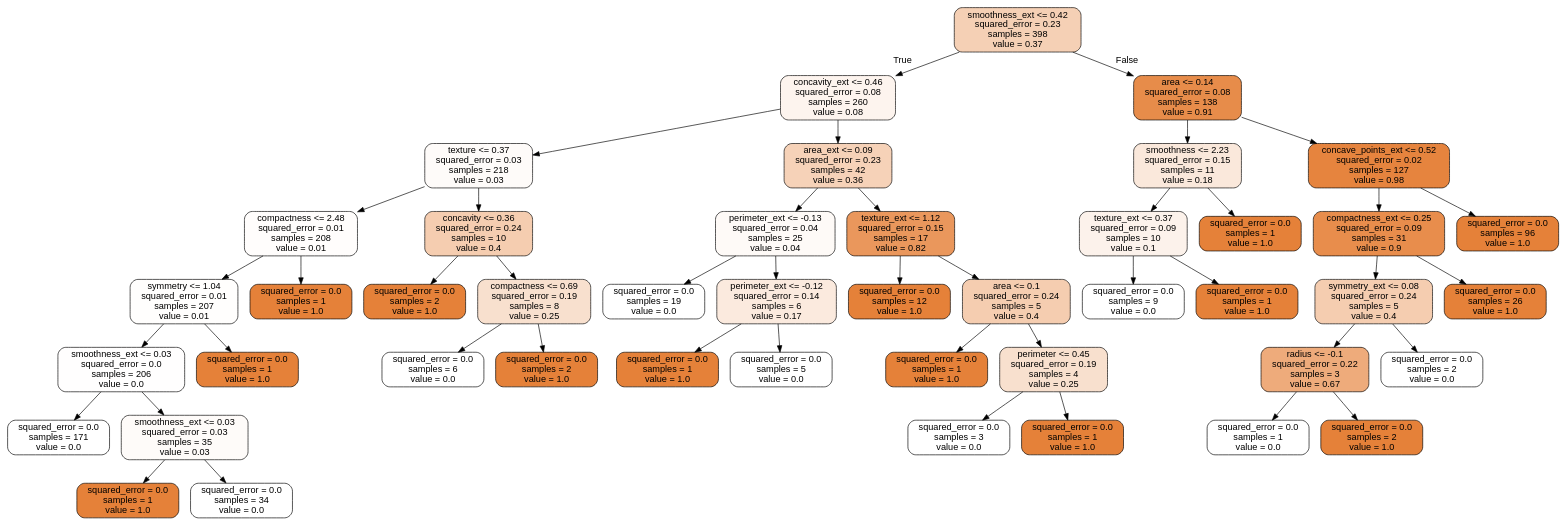
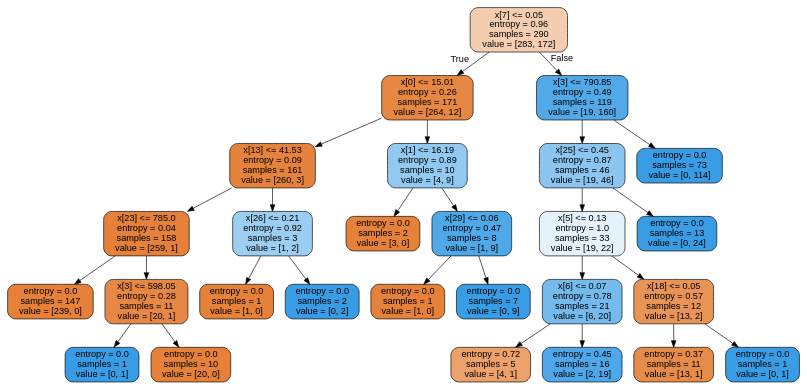
Before and after one commit to aliy1912/dsc_23: the diagram in CAP2/tree.dot, drawn with Graphviz. The commit also changed 5 other files, not shown here.

```diff
--- a/CAP2/tree.dot
+++ b/CAP2/tree.dot
@@ -1,93 +1,57 @@
 digraph Tree {
 node [shape=box, style="filled, rounded", color="black", fontname="helvetica"] ;
 edge [fontname="helvetica"] ;
-0 [label="smoothness_ext <= 0.42\nsquared_error = 0.23\nsamples = 398\nvalue = 0.37", fillcolor="#f5d0b5"] ;
-1 [label="concavity_ext <= 0.46\nsquared_error = 0.08\nsamples = 260\nvalue = 0.08", fillcolor="#fdf4ee"] ;
+0 [label="x[7] <= 0.05\nentropy = 0.96\nsamples = 290\nvalue = [283, 172]", fillcolor="#f5ceb1"] ;
+1 [label="x[0] <= 15.01\nentropy = 0.26\nsamples = 171\nvalue = [264, 12]", fillcolor="#e68742"] ;
 0 -> 1 [labeldistance=2.5, labelangle=45, headlabel="True"] ;
-2 [label="texture <= 0.37\nsquared_error = 0.03\nsamples = 218\nvalue = 0.03", fillcolor="#fefbf9"] ;
+2 [label="x[13] <= 41.53\nentropy = 0.09\nsamples = 161\nvalue = [260, 3]", fillcolor="#e5823b"] ;
 1 -> 2 ;
-3 [label="compactness <= 2.48\nsquared_error = 0.01\nsamples = 208\nvalue = 0.01", fillcolor="#fffdfc"] ;
+3 [label="x[23] <= 785.0\nentropy = 0.04\nsamples = 158\nvalue = [259, 1]", fillcolor="#e5813a"] ;
 2 -> 3 ;
-4 [label="symmetry <= 1.04\nsquared_error = 0.01\nsamples = 207\nvalue = 0.01", fillcolor="#fffefd"] ;
+4 [label="entropy = 0.0\nsamples = 147\nvalue = [239, 0]", fillcolor="#e58139"] ;
 3 -> 4 ;
-5 [label="smoothness_ext <= 0.03\nsquared_error = 0.0\nsamples = 206\nvalue = 0.0", fillcolor="#fffefe"] ;
-4 -> 5 ;
-6 [label="squared_error = 0.0\nsamples = 171\nvalue = 0.0", fillcolor="#ffffff"] ;
+5 [label="x[3] <= 598.05\nentropy = 0.28\nsamples = 11\nvalue = [20, 1]", fillcolor="#e68743"] ;
+3 -> 5 ;
+6 [label="entropy = 0.0\nsamples = 1\nvalue = [0, 1]", fillcolor="#399de5"] ;
 5 -> 6 ;
-7 [label="smoothness_ext <= 0.03\nsquared_error = 0.03\nsamples = 35\nvalue = 0.03", fillcolor="#fefbf9"] ;
+7 [label="entropy = 0.0\nsamples = 10\nvalue = [20, 0]", fillcolor="#e58139"] ;
 5 -> 7 ;
-8 [label="squared_error = 0.0\nsamples = 1\nvalue = 1.0", fillcolor="#e58139"] ;
-7 -> 8 ;
-9 [label="squared_error = 0.0\nsamples = 34\nvalue = 0.0", fillcolor="#ffffff"] ;
-7 -> 9 ;
-10 [label="squared_error = 0.0\nsamples = 1\nvalue = 1.0", fillcolor="#e58139"] ;
-4 -> 10 ;
-11 [label="squared_error = 0.0\nsamples = 1\nvalue = 1.0", fillcolor="#e58139"] ;
-3 -> 11 ;
-12 [label="concavity <= 0.36\nsquared_error = 0.24\nsamples = 10\nvalue = 0.4", fillcolor="#f5cdb0"] ;
-2 -> 12 ;
-13 [label="squared_error = 0.0\nsamples = 2\nvalue = 1.0", fillcolor="#e58139"] ;
-12 -> 13 ;
-14 [label="compactness <= 0.69\nsquared_error = 0.19\nsamples = 8\nvalue = 0.25", fillcolor="#f8e0ce"] ;
-12 -> 14 ;
-15 [label="squared_error = 0.0\nsamples = 6\nvalue = 0.0", fillcolor="#ffffff"] ;
-14 -> 15 ;
-16 [label="squared_error = 0.0\nsamples = 2\nvalue = 1.0", fillcolor="#e58139"] ;
-14 -> 16 ;
-17 [label="area_ext <= 0.09\nsquared_error = 0.23\nsamples = 42\nvalue = 0.36", fillcolor="#f6d2b8"] ;
-1 -> 17 ;
-18 [label="perimeter_ext <= -0.13\nsquared_error = 0.04\nsamples = 25\nvalue = 0.04", fillcolor="#fefaf7"] ;
+8 [label="x[26] <= 0.21\nentropy = 0.92\nsamples = 3\nvalue = [1, 2]", fillcolor="#9ccef2"] ;
+2 -> 8 ;
+9 [label="entropy = 0.0\nsamples = 1\nvalue = [1, 0]", fillcolor="#e58139"] ;
+8 -> 9 ;
+10 [label="entropy = 0.0\nsamples = 2\nvalue = [0, 2]", fillcolor="#399de5"] ;
+8 -> 10 ;
+11 [label="x[1] <= 16.19\nentropy = 0.89\nsamples = 10\nvalue = [4, 9]", fillcolor="#91c9f1"] ;
+1 -> 11 ;
+12 [label="entropy = 0.0\nsamples = 2\nvalue = [3, 0]", fillcolor="#e58139"] ;
+11 -> 12 ;
+13 [label="x[29] <= 0.06\nentropy = 0.47\nsamples = 8\nvalue = [1, 9]", fillcolor="#4fa8e8"] ;
+11 -> 13 ;
+14 [label="entropy = 0.0\nsamples = 1\nvalue = [1, 0]", fillcolor="#e58139"] ;
+13 -> 14 ;
+15 [label="entropy = 0.0\nsamples = 7\nvalue = [0, 9]", fillcolor="#399de5"] ;
+13 -> 15 ;
+16 [label="x[3] <= 790.85\nentropy = 0.49\nsamples = 119\nvalue = [19, 160]", fillcolor="#51a9e8"] ;
+0 -> 16 [labeldistance=2.5, labelangle=-45, headlabel="False"] ;
+17 [label="x[25] <= 0.45\nentropy = 0.87\nsamples = 46\nvalue = [19, 46]", fillcolor="#8bc5f0"] ;
+16 -> 17 ;
+18 [label="x[5] <= 0.13\nentropy = 1.0\nsamples = 33\nvalue = [19, 22]", fillcolor="#e4f2fb"] ;
 17 -> 18 ;
-19 [label="squared_error = 0.0\nsamples = 19\nvalue = 0.0", fillcolor="#ffffff"] ;
+19 [label="x[6] <= 0.07\nentropy = 0.78\nsamples = 21\nvalue = [6, 20]", fillcolor="#74baed"] ;
 18 -> 19 ;
-20 [label="perimeter_ext <= -0.12\nsquared_error = 0.14\nsamples = 6\nvalue = 0.17", fillcolor="#fbeade"] ;
-18 -> 20 ;
-21 [label="squared_error = 0.0\nsamples = 1\nvalue = 1.0", fillcolor="#e58139"] ;
-20 -> 21 ;
-22 [label="squared_error = 0.0\nsamples = 5\nvalue = 0.0", fillcolor="#ffffff"] ;
-20 -> 22 ;
-23 [label="texture_ext <= 1.12\nsquared_error = 0.15\nsamples = 17\nvalue = 0.82", fillcolor="#ea975c"] ;
-17 -> 23 ;
-24 [label="squared_error = 0.0\nsamples = 12\nvalue = 1.0", fillcolor="#e58139"] ;
-23 -> 24 ;
-25 [label="area <= 0.1\nsquared_error = 0.24\nsamples = 5\nvalue = 0.4", fillcolor="#f5cdb0"] ;
-23 -> 25 ;
-26 [label="squared_error = 0.0\nsamples = 1\nvalue = 1.0", fillcolor="#e58139"] ;
-25 -> 26 ;
-27 [label="perimeter <= 0.45\nsquared_error = 0.19\nsamples = 4\nvalue = 0.25", fillcolor="#f8e0ce"] ;
-25 -> 27 ;
-28 [label="squared_error = 0.0\nsamples = 3\nvalue = 0.0", fillcolor="#ffffff"] ;
-27 -> 28 ;
-29 [label="squared_error = 0.0\nsamples = 1\nvalue = 1.0", fillcolor="#e58139"] ;
-27 -> 29 ;
-30 [label="area <= 0.14\nsquared_error = 0.08\nsamples = 138\nvalue = 0.91", fillcolor="#e78c4a"] ;
-0 -> 30 [labeldistance=2.5, labelangle=-45, headlabel="False"] ;
-31 [label="smoothness <= 2.23\nsquared_error = 0.15\nsamples = 11\nvalue = 0.18", fillcolor="#fae8db"] ;
-30 -> 31 ;
-32 [label="texture_ext <= 0.37\nsquared_error = 0.09\nsamples = 10\nvalue = 0.1", fillcolor="#fcf2eb"] ;
-31 -> 32 ;
-33 [label="squared_error = 0.0\nsamples = 9\nvalue = 0.0", fillcolor="#ffffff"] ;
-32 -> 33 ;
-34 [label="squared_error = 0.0\nsamples = 1\nvalue = 1.0", fillcolor="#e58139"] ;
-32 -> 34 ;
-35 [label="squared_error = 0.0\nsamples = 1\nvalue = 1.0", fillcolor="#e58139"] ;
-31 -> 35 ;
-36 [label="concave_points_ext <= 0.52\nsquared_error = 0.02\nsamples = 127\nvalue = 0.98", fillcolor="#e6843e"] ;
-30 -> 36 ;
-37 [label="compactness_ext <= 0.25\nsquared_error = 0.09\nsamples = 31\nvalue = 0.9", fillcolor="#e88d4c"] ;
-36 -> 37 ;
-38 [label="symmetry_ext <= 0.08\nsquared_error = 0.24\nsamples = 5\nvalue = 0.4", fillcolor="#f5cdb0"] ;
-37 -> 38 ;
-39 [label="radius <= -0.1\nsquared_error = 0.22\nsamples = 3\nvalue = 0.67", fillcolor="#eeab7b"] ;
-38 -> 39 ;
-40 [label="squared_error = 0.0\nsamples = 1\nvalue = 0.0", fillcolor="#ffffff"] ;
-39 -> 40 ;
-41 [label="squared_error = 0.0\nsamples = 2\nvalue = 1.0", fillcolor="#e58139"] ;
-39 -> 41 ;
-42 [label="squared_error = 0.0\nsamples = 2\nvalue = 0.0", fillcolor="#ffffff"] ;
-38 -> 42 ;
-43 [label="squared_error = 0.0\nsamples = 26\nvalue = 1.0", fillcolor="#e58139"] ;
-37 -> 43 ;
-44 [label="squared_error = 0.0\nsamples = 96\nvalue = 1.0", fillcolor="#e58139"] ;
-36 -> 44 ;
+20 [label="entropy = 0.72\nsamples = 5\nvalue = [4, 1]", fillcolor="#eca06a"] ;
+19 -> 20 ;
+21 [label="entropy = 0.45\nsamples = 16\nvalue = [2, 19]", fillcolor="#4ea7e8"] ;
+19 -> 21 ;
+22 [label="x[18] <= 0.05\nentropy = 0.57\nsamples = 12\nvalue = [13, 2]", fillcolor="#e99457"] ;
+18 -> 22 ;
+23 [label="entropy = 0.37\nsamples = 11\nvalue = [13, 1]", fillcolor="#e78b48"] ;
+22 -> 23 ;
+24 [label="entropy = 0.0\nsamples = 1\nvalue = [0, 1]", fillcolor="#399de5"] ;
+22 -> 24 ;
+25 [label="entropy = 0.0\nsamples = 13\nvalue = [0, 24]", fillcolor="#399de5"] ;
+17 -> 25 ;
+26 [label="entropy = 0.0\nsamples = 73\nvalue = [0, 114]", fillcolor="#399de5"] ;
+16 -> 26 ;
 }
```
